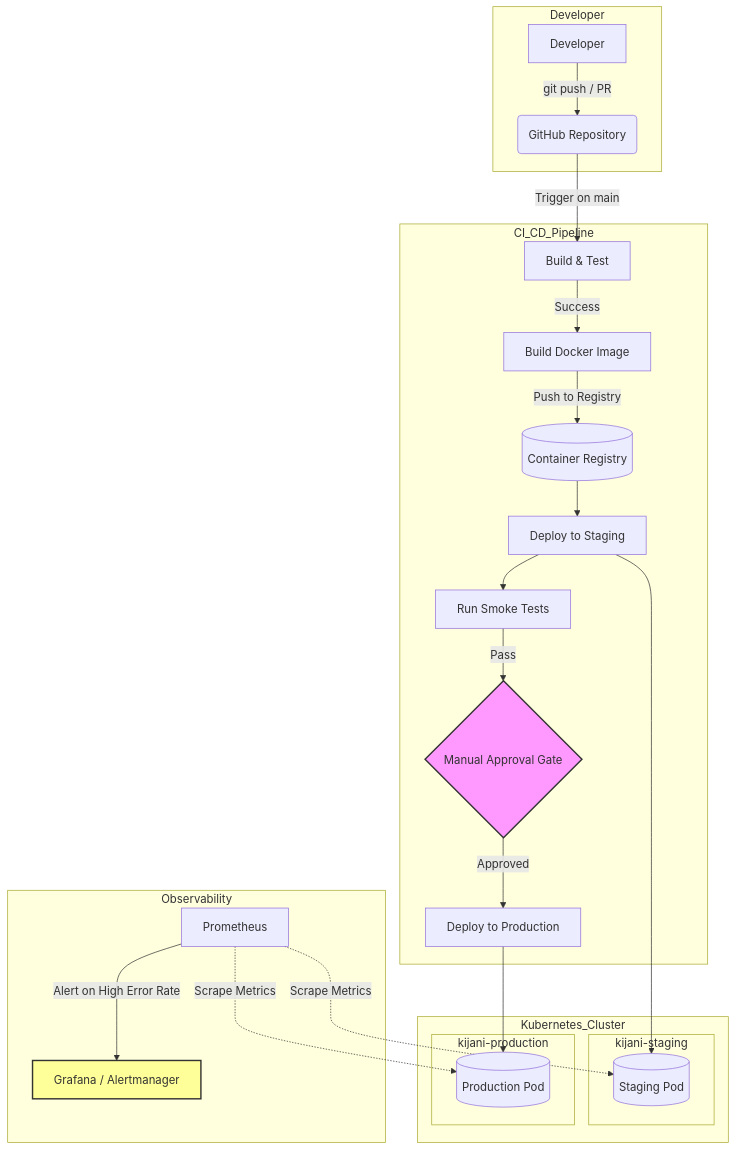
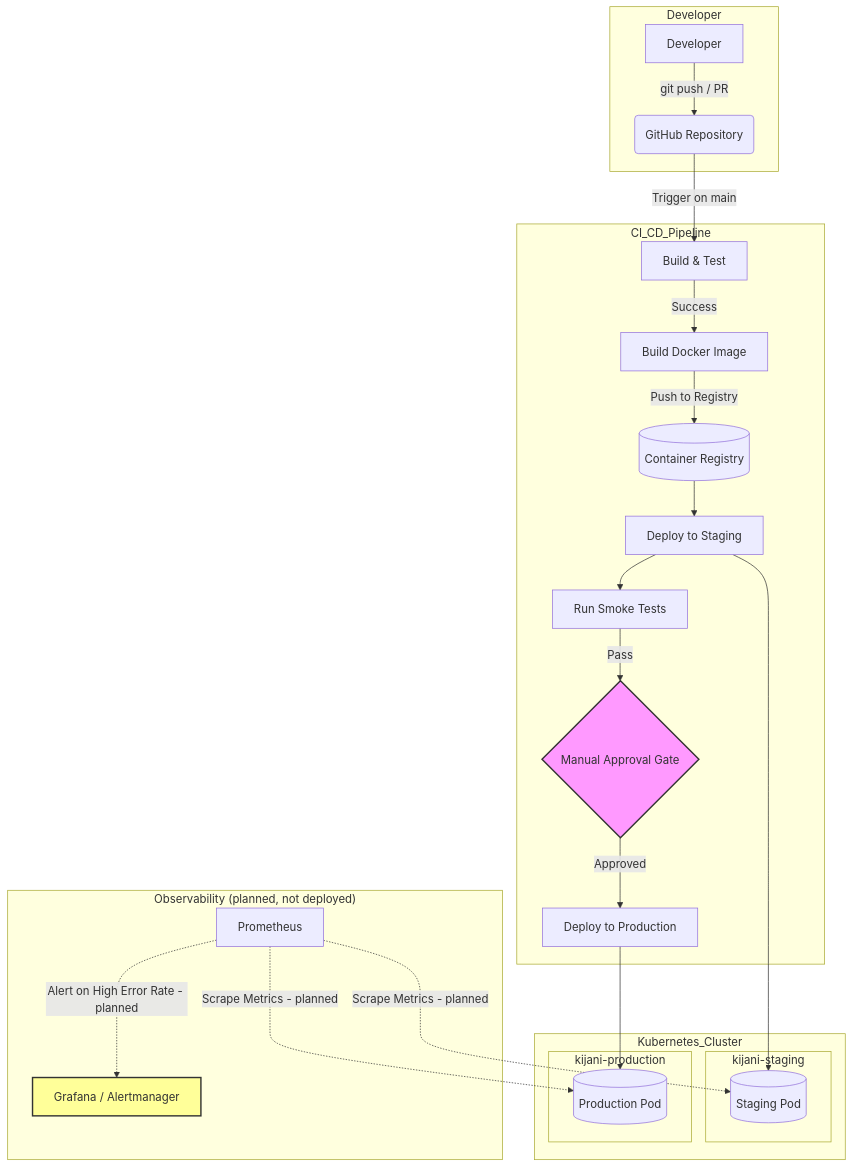
The diagram in README.md (ob002/kijani-kiosk-capstone-12), drawn with Mermaid before and after one commit. The commit also changed other lines of this file and 16 other files, not shown here.

````diff
--- a/README.md
+++ b/README.md
@@ -149,30 +155,30 @@
 ```mermaid
 graph TD
     subgraph Developer
         A[Developer] -->|git push / PR| B(GitHub Repository)
     end
     subgraph CI_CD_Pipeline
         B -->|Trigger on main| C[Build & Test]
         C -->|Success| D[Build Docker Image]
         D -->|Push to Registry| E[(Container Registry)]
         E --> F[Deploy to Staging]
         F --> G[Run Smoke Tests]
         G -->|Pass| H{Manual Approval Gate}
         H -->|Approved| I[Deploy to Production]
     end
     subgraph Kubernetes_Cluster
         subgraph kijani-staging
             F --> J[(Staging Pod)]
         end
         subgraph kijani-production
             I --> K[(Production Pod)]
         end
     end
-    subgraph Observability
-        L[Prometheus] -.->|Scrape Metrics| J
-        L -.->|Scrape Metrics| K
-        L -->|Alert on High Error Rate| M[Grafana / Alertmanager]
+    subgraph Observability_PLANNED["Observability (planned, not deployed)"]
+        L[Prometheus] -.->|Scrape Metrics - planned| J
+        L -.->|Scrape Metrics - planned| K
+        L -.->|Alert on High Error Rate - planned| M[Grafana / Alertmanager]
     end
     style H fill:#f9f,stroke:#333,stroke-width:2px
     style M fill:#ff9,stroke:#333,stroke-width:2px
 ```
````
